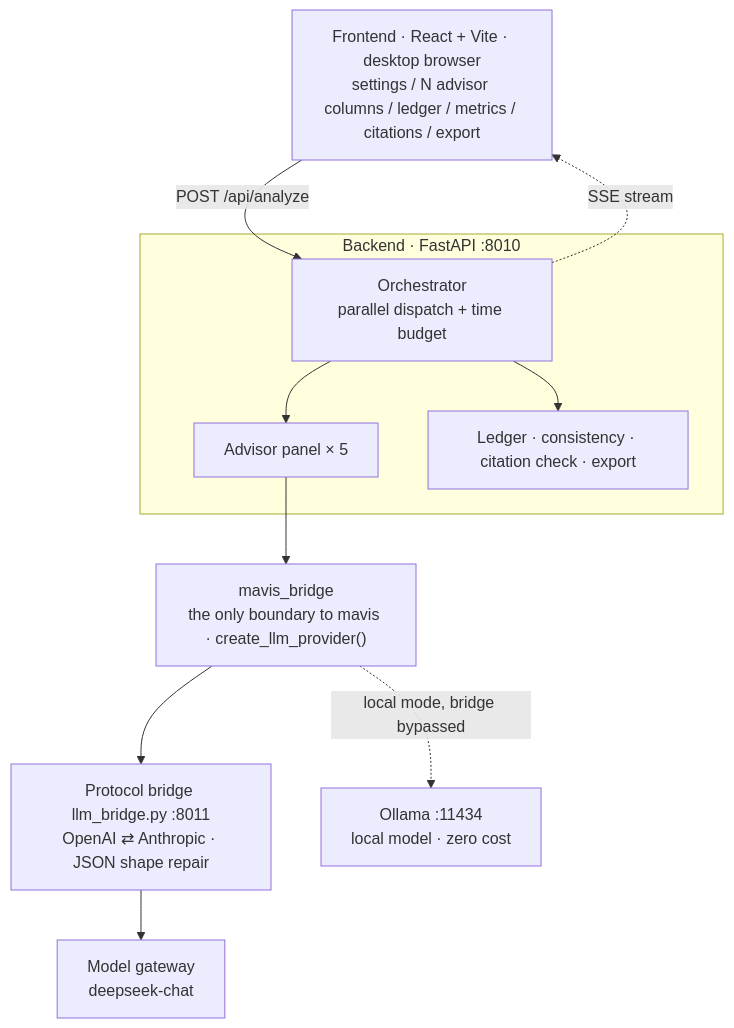
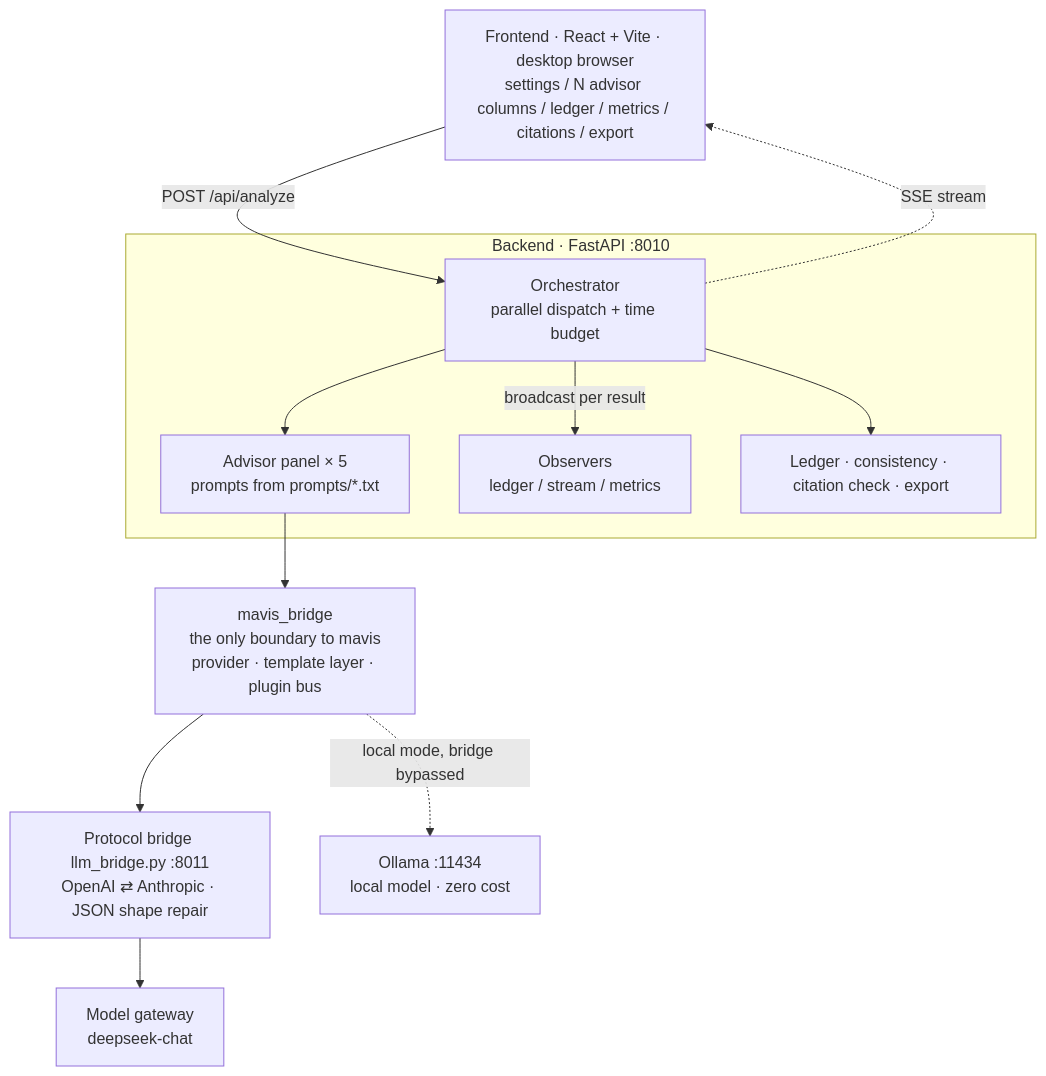
Before and after one commit to hellobs/ai-debater: the diagram in README.en.md, drawn with Mermaid. The commit also changed other lines of this file and 5 other files, not shown here.

````diff
--- a/README.en.md
+++ b/README.en.md
@@ -91,24 +91,26 @@
 ```mermaid
 flowchart TB
     FE["Frontend · React + Vite · desktop browser<br/>settings / N advisor columns / ledger / metrics / citations / export"]
 
     subgraph BE["Backend · FastAPI :8010"]
         OR["Orchestrator<br/>parallel dispatch + time budget"]
-        ADV["Advisor panel × 5"]
+        ADV["Advisor panel × 5<br/>prompts from prompts/*.txt"]
+        OBS["Observers<br/>ledger / stream / metrics"]
         AUX["Ledger · consistency · citation check · export"]
     end
 
-    MB["mavis_bridge<br/>the only boundary to mavis · create_llm_provider()"]
+    MB["mavis_bridge<br/>the only boundary to mavis<br/>provider · template layer · plugin bus"]
     BR["Protocol bridge llm_bridge.py :8011<br/>OpenAI ⇄ Anthropic · JSON shape repair"]
     GW["Model gateway<br/>deepseek-chat"]
     OL["Ollama :11434<br/>local model · zero cost"]
 
     FE -- "POST /api/analyze" --> OR
     OR -. "SSE stream" .-> FE
     OR --> ADV
+    OR -- "broadcast per result" --> OBS
     ADV --> MB
     MB --> BR
     BR --> GW
     MB -. "local mode, bridge bypassed" .-> OL
     OR --> AUX
 ```
````
